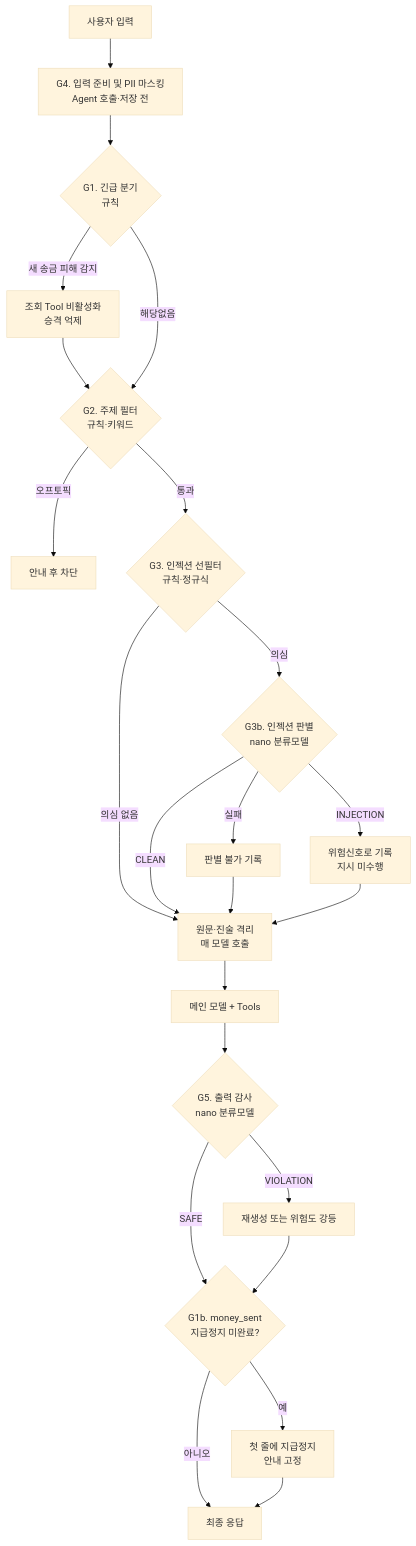
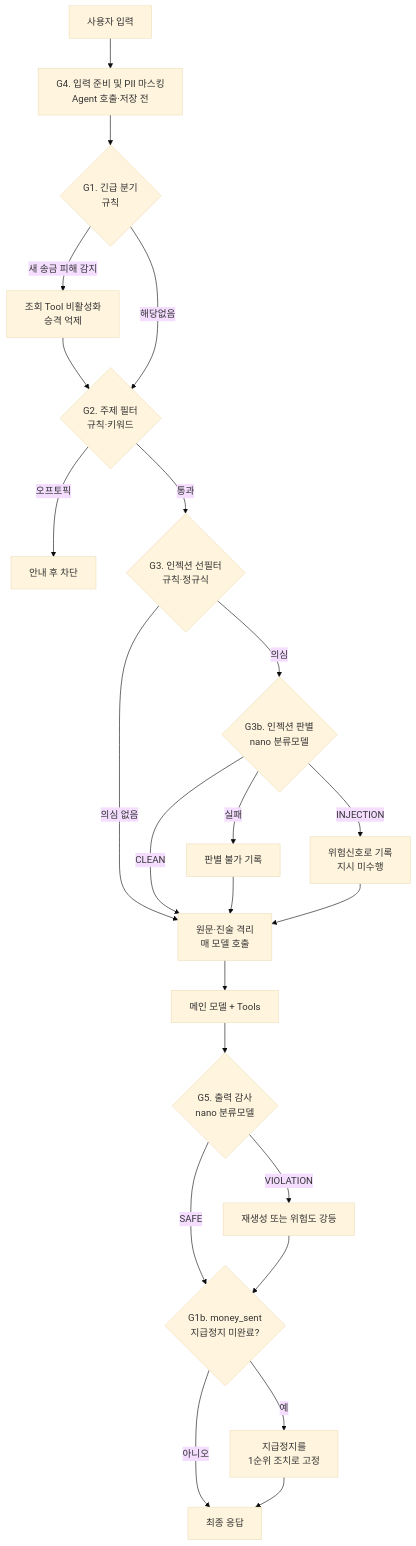
Before and after one commit to connandgo/UnHook: the diagram in docs/agent-design.md, drawn with Mermaid (base theme). The commit also changed other lines of this file, not shown here.

````diff
--- a/docs/agent-design.md
+++ b/docs/agent-design.md
@@ -383,25 +401,25 @@
 ```mermaid
 flowchart TD
   A[사용자 입력] --> P[G4. 입력 준비 및 PII 마스킹<br/>Agent 호출·저장 전]
   P --> B{G1. 긴급 분기<br/>규칙}
   B -->|새 송금 피해 감지| Z[조회 Tool 비활성화<br/>승격 억제]
   Z --> C
   B -->|해당없음| C{G2. 주제 필터<br/>규칙·키워드}
   C -->|오프토픽| Y[안내 후 차단]
   C -->|통과| D{G3. 인젝션 선필터<br/>규칙·정규식}
   D -->|의심 없음| F
   D -->|의심| E{G3b. 인젝션 판별<br/>nano 분류모델}
   E -->|INJECTION| E2[위험신호로 기록<br/>지시 미수행]
   E -->|CLEAN| F
   E -->|실패| E3[판별 불가 기록]
   E3 --> F
   E2 --> F
   F[원문·진술 격리<br/>매 모델 호출] --> G[메인 모델 + Tools]
   G --> H{G5. 출력 감사<br/>nano 분류모델}
   H -->|VIOLATION| I[재생성 또는 위험도 강등]
   H -->|SAFE| K
   I --> K
-  K{G1b. money_sent<br/>지급정지 미완료?} -->|예| L[첫 줄에 지급정지<br/>안내 고정]
+  K{G1b. money_sent<br/>지급정지 미완료?} -->|예| L[지급정지를<br/>1순위 조치로 고정]
   K -->|아니오| J[최종 응답]
   L --> J
 ```
````
